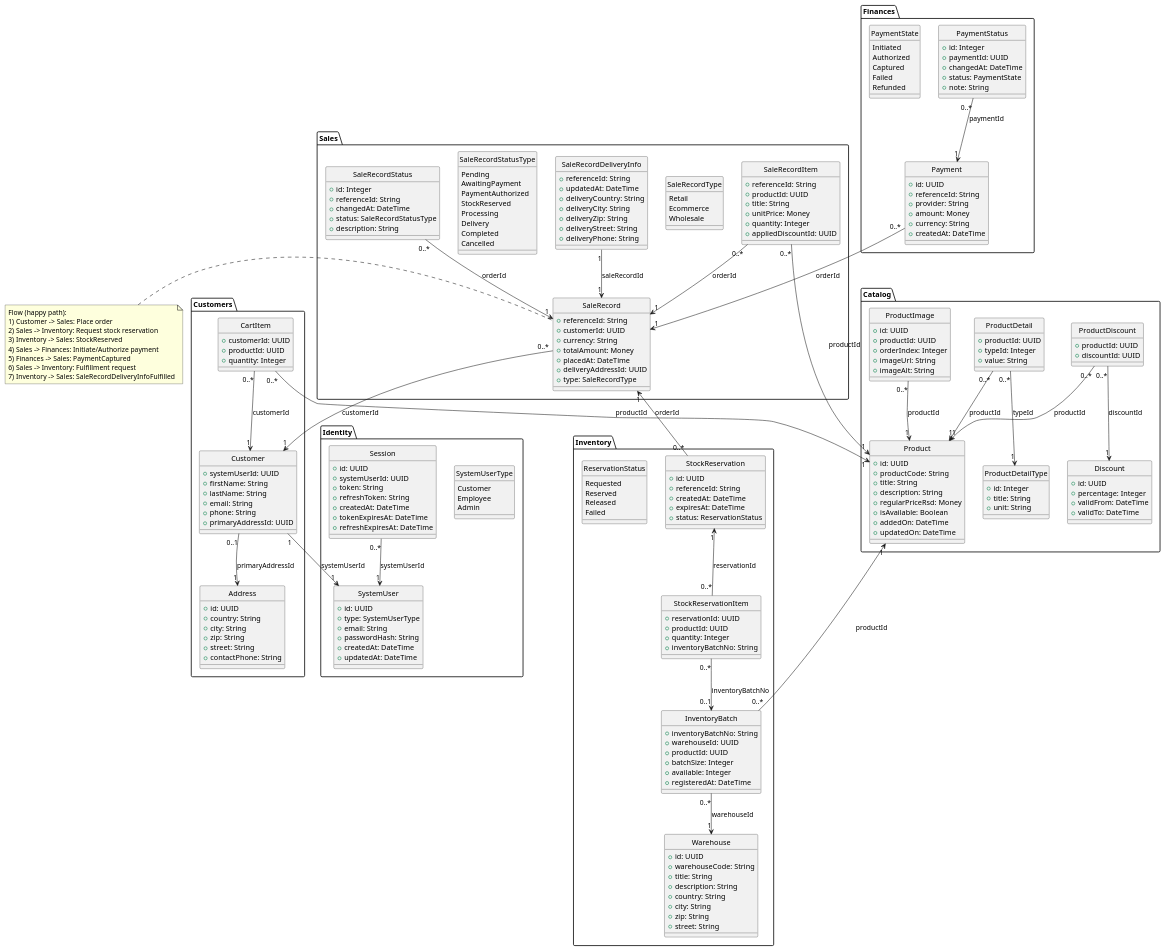
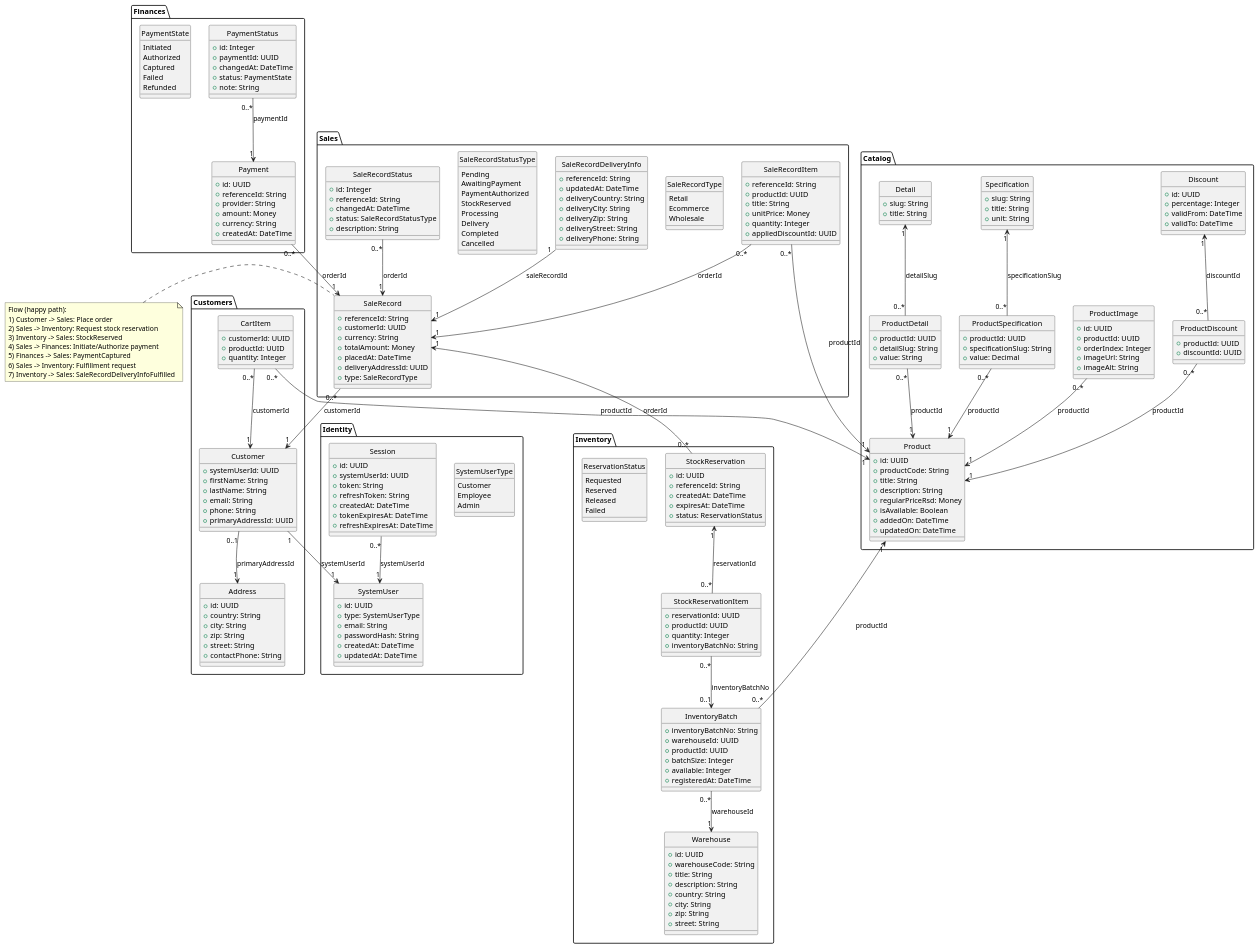
Before and after one commit to draganovik/matterway: the diagram in docs/Matterway HLD: Class Diagram - Platform Overview.puml, drawn with PlantUML. The commit also changed 38 other files, not shown here.

```diff
--- a/docs/Matterway HLD: Class Diagram - Platform Overview.puml
+++ b/docs/Matterway HLD: Class Diagram - Platform Overview.puml
@@ -59,12 +59,23 @@
 
   class ProductDetail {
     +productId: UUID
-    +typeId: Integer
+    +detailSlug: String
     +value: String
   }
 
-  class ProductDetailType {
-    +id: Integer
+  class Detail {
+    +slug: String
+    +title: String
+  }
+
+  class ProductSpecification {
+    +productId: UUID
+    +specificationSlug: String
+    +value: Decimal
+  }
+
+  class Specification {
+    +slug: String
     +title: String
     +unit: String
   }
@@ -250,9 +261,11 @@
 
 ' Catalog
 ProductDiscount "0..*" --> "1" Product : productId
-ProductDiscount "0..*" --> "1" Discount : discountId
+ProductDiscount "0..*" -up-> "1" Discount : discountId
 ProductDetail "0..*" --> "1" Product : productId
-ProductDetail "0..*" --> "1" ProductDetailType : typeId
+ProductDetail "0..*" -up-> "1" Detail : detailSlug
+ProductSpecification "0..*" --> "1" Product : productId
+ProductSpecification "0..*" -up-> "1" Specification : specificationSlug
 ProductImage "0..*" --> "1" Product : productId
 
 ' Sales
```
